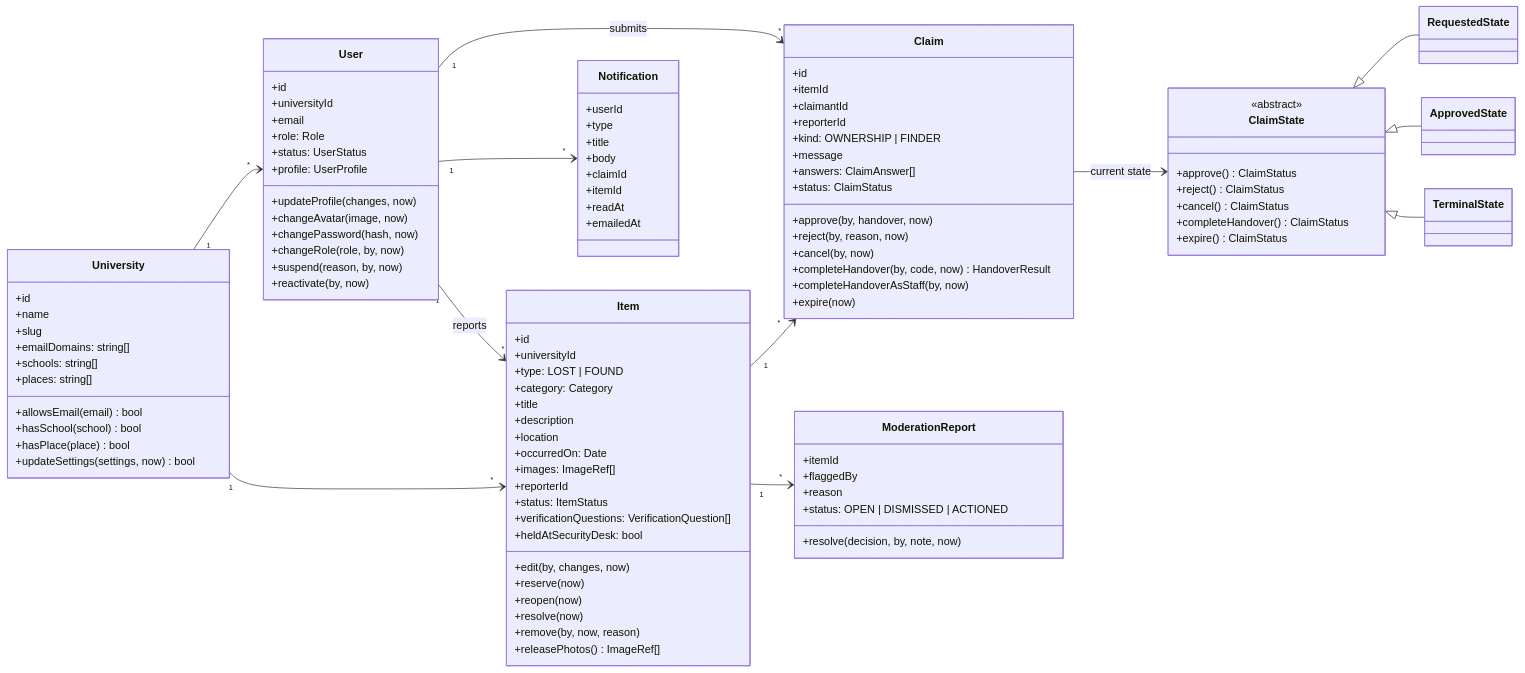
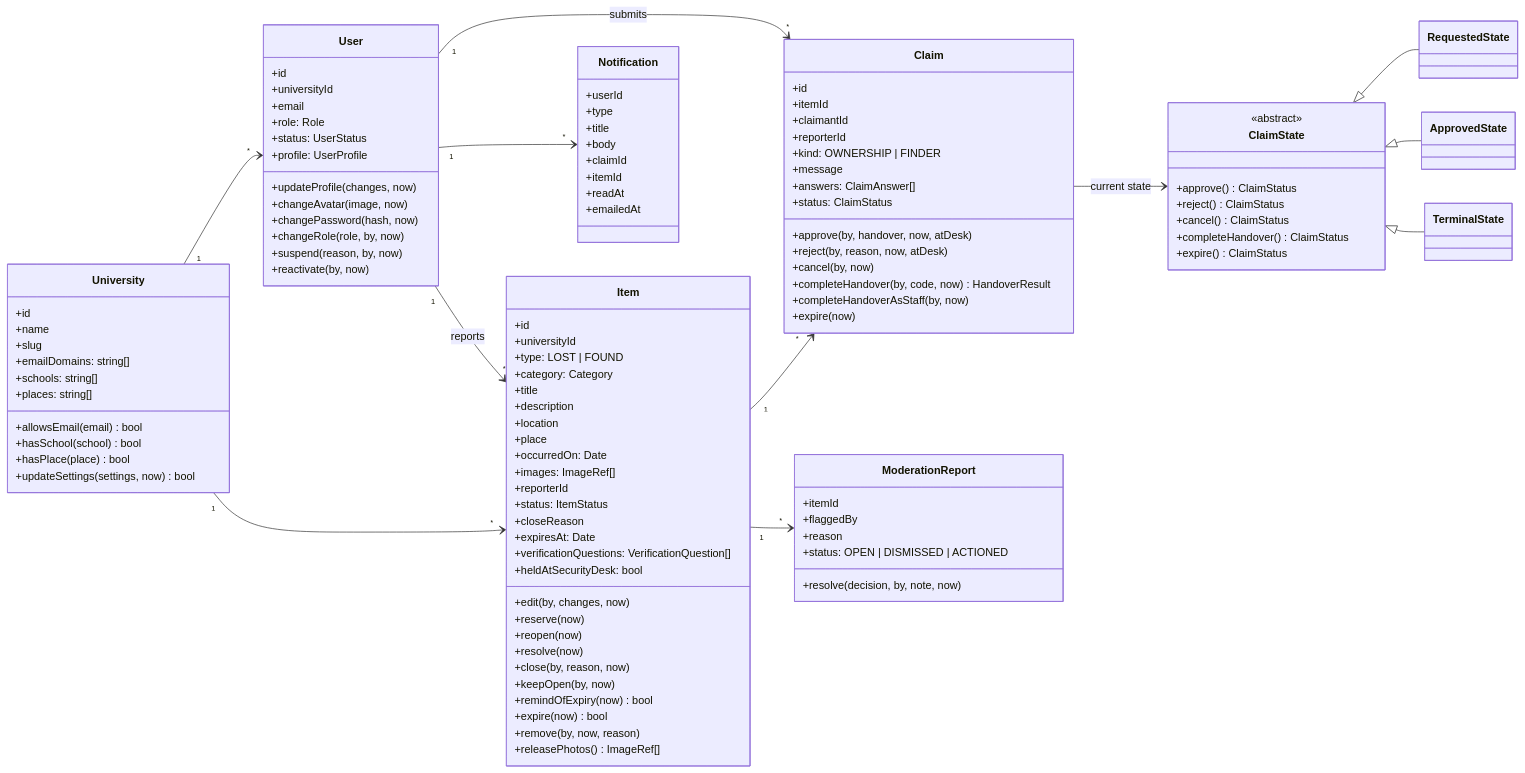
The second of 4 diagrams in docs/architecture/backend.md (nox-pie/RU-Lost-Found), drawn with Mermaid before and after one commit. The commit also changed other lines of this file and 1 other file, not shown here.

First line of the commit message:
docs: architecture documents match the code again

```diff
--- a/docs/architecture/backend.md
+++ b/docs/architecture/backend.md
@@ -227,16 +229,23 @@
         +title
         +description
         +location
+        +place
         +occurredOn: Date
         +images: ImageRef[]
         +reporterId
         +status: ItemStatus
+        +closeReason
+        +expiresAt: Date
         +verificationQuestions: VerificationQuestion[]
         +heldAtSecurityDesk: bool
         +edit(by, changes, now)
         +reserve(now)
         +reopen(now)
         +resolve(now)
+        +close(by, reason, now)
+        +keepOpen(by, now)
+        +remindOfExpiry(now) bool
+        +expire(now) bool
         +remove(by, now, reason)
         +releasePhotos() ImageRef[]
     }
@@ -249,8 +258,8 @@
         +message
         +answers: ClaimAnswer[]
         +status: ClaimStatus
-        +approve(by, handover, now)
-        +reject(by, reason, now)
+        +approve(by, handover, now, atDesk)
+        +reject(by, reason, now, atDesk)
         +cancel(by, now)
         +completeHandover(by, code, now) HandoverResult
         +completeHandoverAsStaff(by, now)
```
